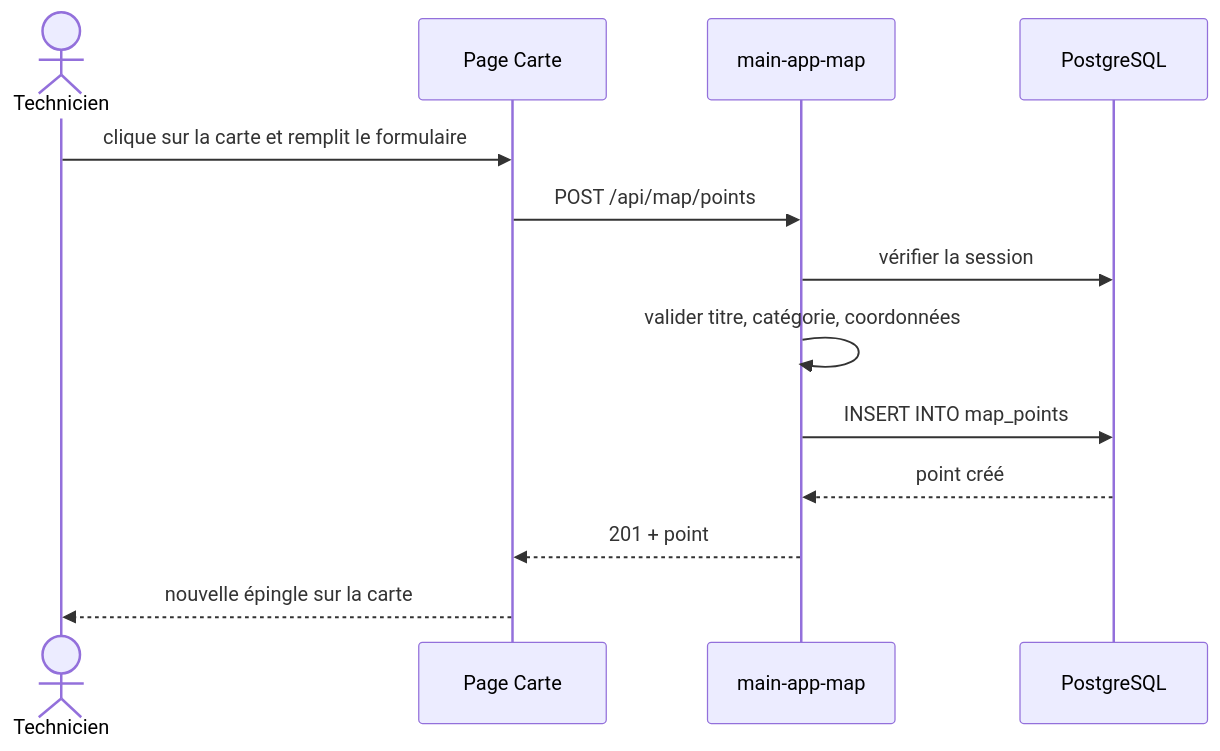
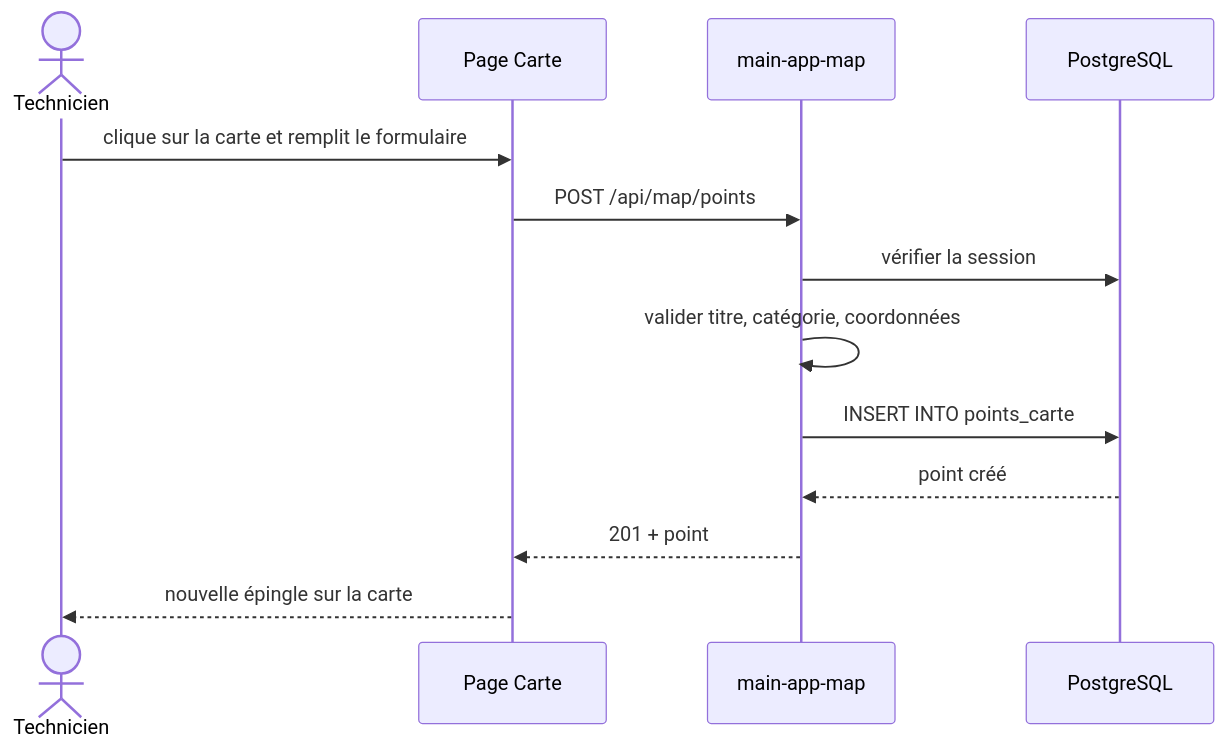
The fifth of 9 diagrams in docs/main-app/diagrammes-uml.md (kalinuxjohn-ctrl/atm-chatbot), drawn with Mermaid before and after one commit. The commit also changed 145 other files, not shown here.

````diff
--- a/docs/main-app/diagrammes-uml.md
+++ b/docs/main-app/diagrammes-uml.md
@@ -274,16 +274,16 @@
 ```mermaid
 sequenceDiagram
     actor Technicien
     participant Page as Page Carte
     participant Map as main-app-map
     participant BD as PostgreSQL
 
     Technicien->>Page: clique sur la carte et remplit le formulaire
     Page->>Map: POST /api/map/points
     Map->>BD: vérifier la session
     Map->>Map: valider titre, catégorie, coordonnées
-    Map->>BD: INSERT INTO map_points
+    Map->>BD: INSERT INTO points_carte
     BD-->>Map: point créé
     Map-->>Page: 201 + point
     Page-->>Technicien: nouvelle épingle sur la carte
 ```
````
